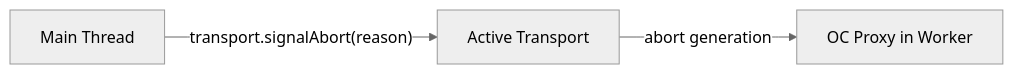
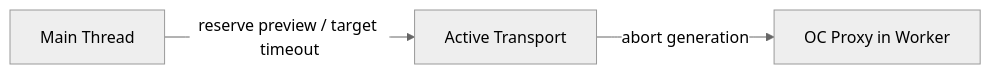
One commit to taucad/tau changed the second of 2 diagrams in apps/ui/content/docs/runtime/concepts/worker-model.mdx. Above: the diagram before and after it, drawn with Mermaid (neutral theme). The commit also changed other lines of this file and 46 other files, not shown here.

````diff
--- a/apps/ui/content/docs/runtime/concepts/worker-model.mdx
+++ b/apps/ui/content/docs/runtime/concepts/worker-model.mdx
@@ -99,5 +99,5 @@
 ```mermaid
 flowchart LR
-    MainThread["Main Thread"] -->|"transport.signalAbort(reason)"| Transport["Active Transport"]
+    MainThread["Main Thread"] -->|"reserve preview / target timeout"| Transport["Active Transport"]
     Transport -->|"abort generation"| KernelProxy["OC Proxy in Worker"]
 ```
````
